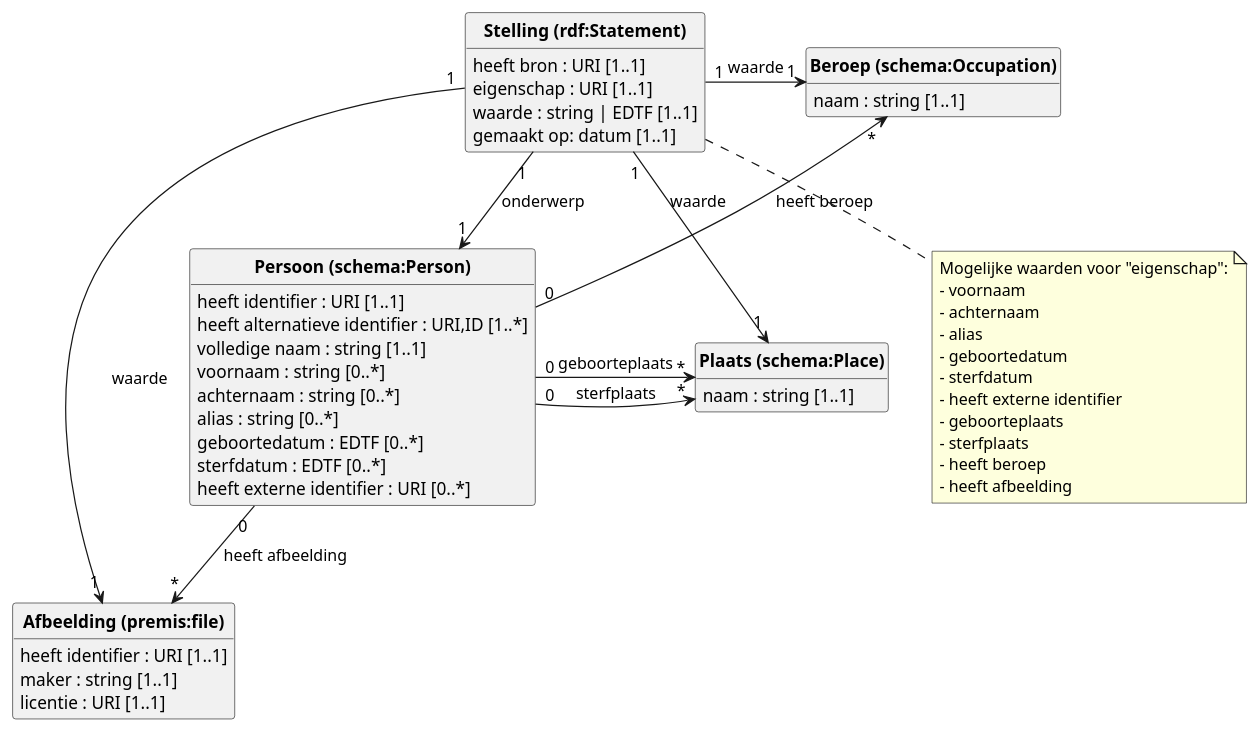
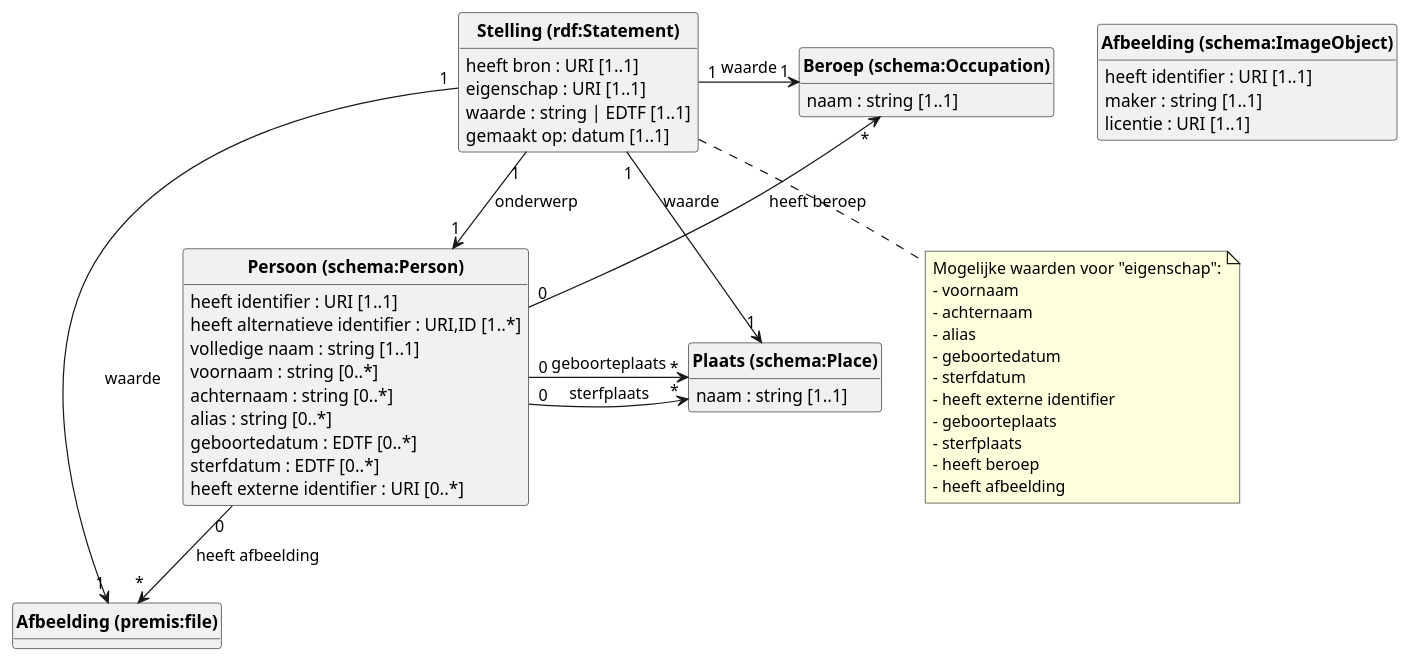
The diagram in datamodel/diagram.puml (viaacode/visual-name-authority-project), drawn with PlantUML before and after one commit.

Commit message:
image is a schema ImageObject

```diff
--- a/datamodel/diagram.puml
+++ b/datamodel/diagram.puml
@@ -1,62 +1,62 @@
 @startuml
 class "<b>Persoon (schema:Person)</b>" {
     heeft identifier : URI [1..1]
     heeft alternatieve identifier : URI,ID [1..*]
     volledige naam : string [1..1]
     voornaam : string [0..*]
     achternaam : string [0..*]
     alias : string [0..*]
     geboortedatum : EDTF [0..*]
     sterfdatum : EDTF [0..*]
     heeft externe identifier : URI [0..*]
 }
 
 class "<b>Plaats (schema:Place)</b>" {
     naam : string [1..1]
 }
 
 class "<b>Beroep (schema:Occupation)</b>" {
     naam : string [1..1]
 }
 
-class "<b>Afbeelding (premis:file)</b>" {
+class "<b>Afbeelding (schema:ImageObject)</b>" {
     heeft identifier : URI [1..1]
     maker : string [1..1]
     licentie : URI [1..1]  
 }
 
 "<b>Persoon (schema:Person)</b>" "0" -> "*" "<b>Plaats (schema:Place)</b>" : geboorteplaats
 "<b>Persoon (schema:Person)</b>" "0" -> "*" "<b>Plaats (schema:Place)</b>" : sterfplaats
 "<b>Beroep (schema:Occupation)</b>" "*" <-- "0" "<b>Persoon (schema:Person)</b>": heeft beroep
 "<b>Persoon (schema:Person)</b>" "0" --> "*" "<b>Afbeelding (premis:file)</b>": heeft afbeelding
 
 class "<b>Stelling (rdf:Statement)</b>"{
     heeft bron : URI [1..1]
     eigenschap : URI [1..1]
     waarde : string | EDTF [1..1]
     gemaakt op: datum [1..1]
 }
 note bottom of "<b>Stelling (rdf:Statement)</b>"
     Mogelijke waarden voor "eigenschap":
     - voornaam
     - achternaam
     - alias
     - geboortedatum
     - sterfdatum
     - heeft externe identifier
     - geboorteplaats
     - sterfplaats
     - heeft beroep
     - heeft afbeelding
 end note
 
  
 
 "<b>Stelling (rdf:Statement)</b>" "1" -> "1" "<b>Persoon (schema:Person)</b>" : onderwerp
 "<b>Stelling (rdf:Statement)</b>" "1" -> "1" "<b>Plaats (schema:Place)</b>" : waarde
 "<b>Stelling (rdf:Statement)</b>" "1" -> "1" "<b>Beroep (schema:Occupation)</b>": waarde
 "<b>Stelling (rdf:Statement)</b>" "1" -> "1" "<b>Afbeelding (premis:file)</b>": waarde
 
 hide circle
 hide methods
 @enduml
```
